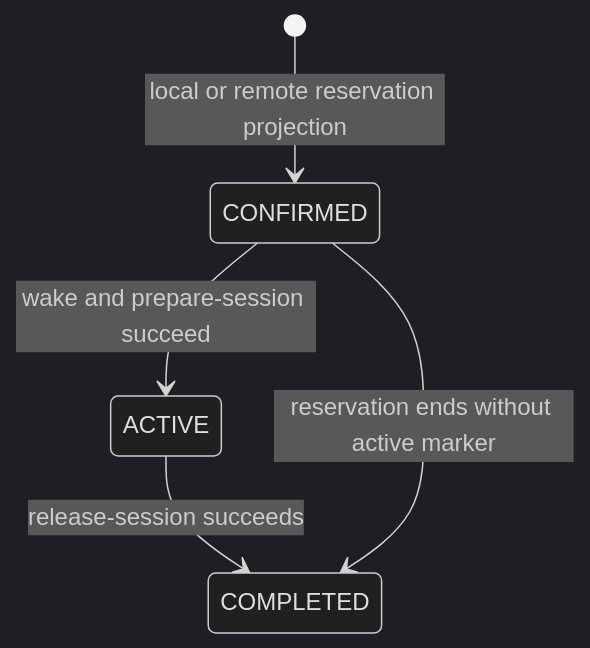
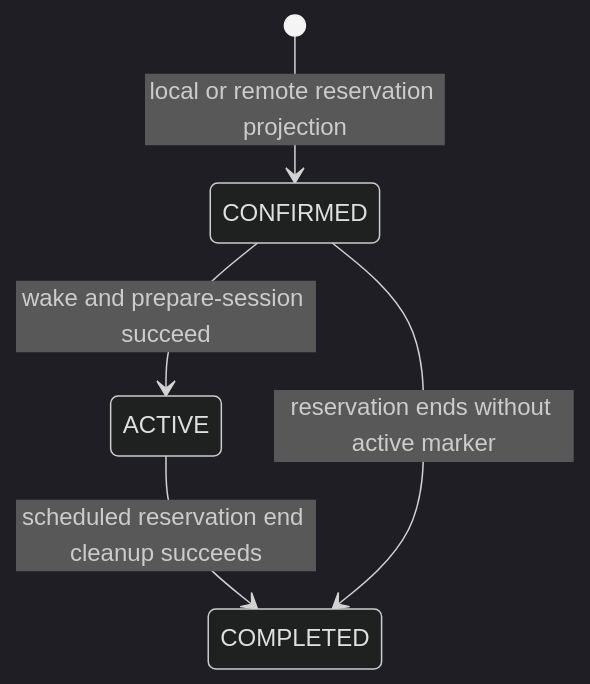
The fourth of 4 diagrams in docs/workflows/gateway-lab-station-operations.md (DecentraLabsCom/Lab-Gateway), drawn with Mermaid (dark theme) before and after one commit. The commit also changed other lines of this file and 16 other files, not shown here.

````diff
--- a/docs/workflows/gateway-lab-station-operations.md
+++ b/docs/workflows/gateway-lab-station-operations.md
@@ -243,7 +396,7 @@
 ```mermaid
 stateDiagram-v2
     [*] --> CONFIRMED: local or remote reservation projection
     CONFIRMED --> ACTIVE: wake and prepare-session succeed
-    ACTIVE --> COMPLETED: release-session succeeds
+    ACTIVE --> COMPLETED: scheduled reservation end cleanup succeeds
     CONFIRMED --> COMPLETED: reservation ends without active marker
 ```
````
